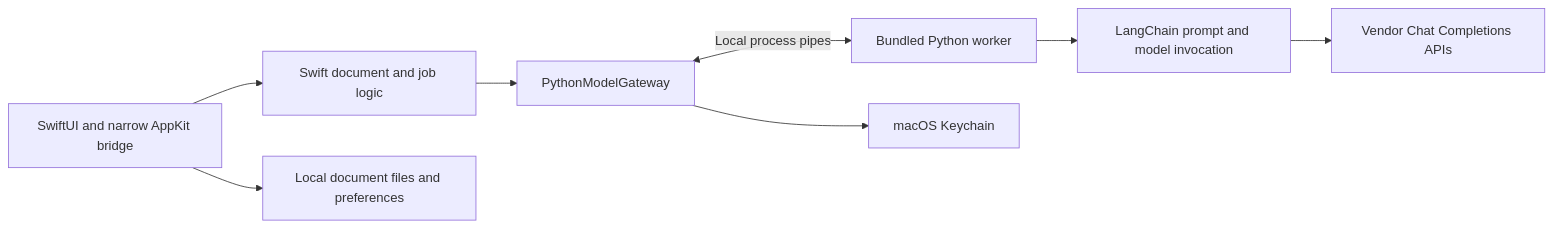
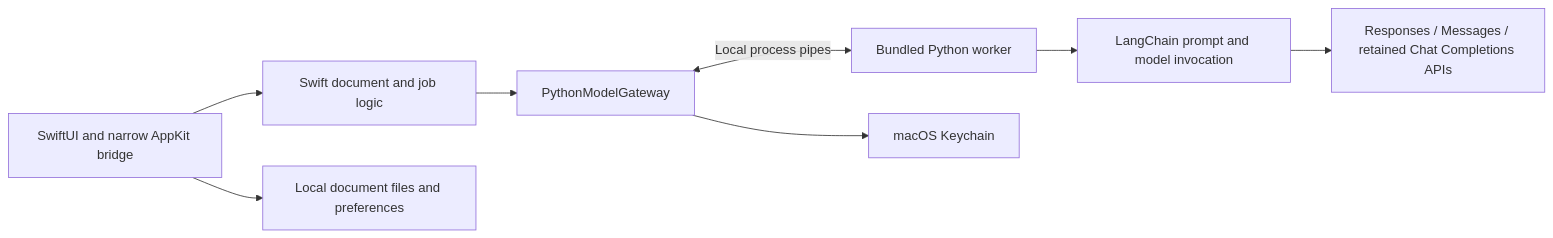
The diagram in docs/architecture.md (willaaaaaaaaa/bipara), drawn with Mermaid before and after one commit. The commit also changed other lines of this file and 48 other files, not shown here.

````diff
--- a/docs/architecture.md
+++ b/docs/architecture.md
@@ -21,10 +21,10 @@
 ```mermaid
 flowchart LR
     UI[SwiftUI and narrow AppKit bridge] --> Core[Swift document and job logic]
     Core --> Gateway[PythonModelGateway]
     Gateway <-->|Local process pipes| Worker[Bundled Python worker]
     Worker --> LC[LangChain prompt and model invocation]
-    LC --> API[Vendor Chat Completions APIs]
+    LC --> API[Responses / Messages / retained Chat Completions APIs]
     UI --> Files[Local document files and preferences]
     Gateway --> Keys[macOS Keychain]
 ```
````
